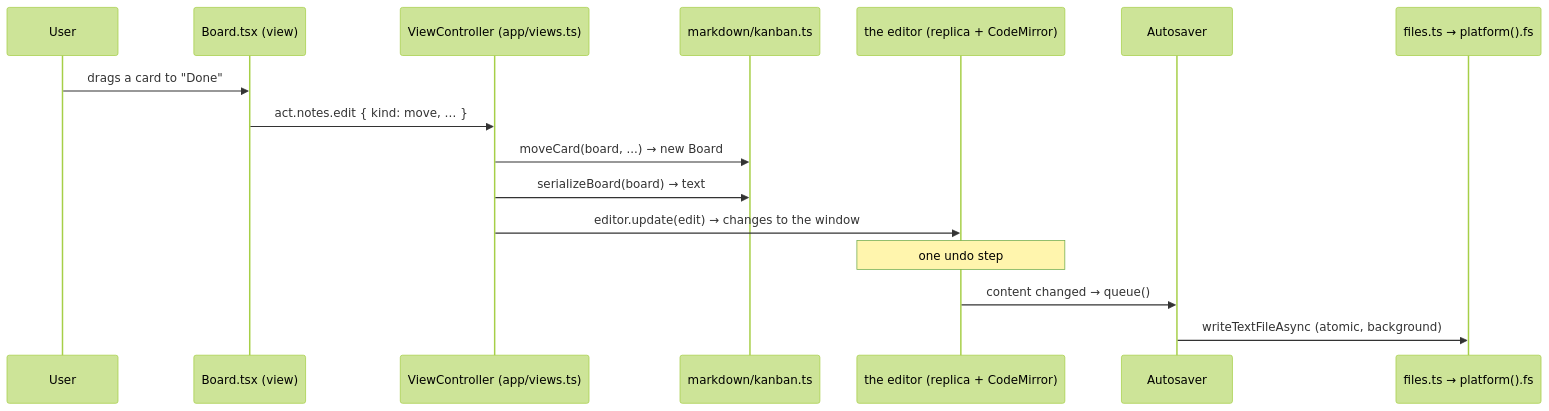
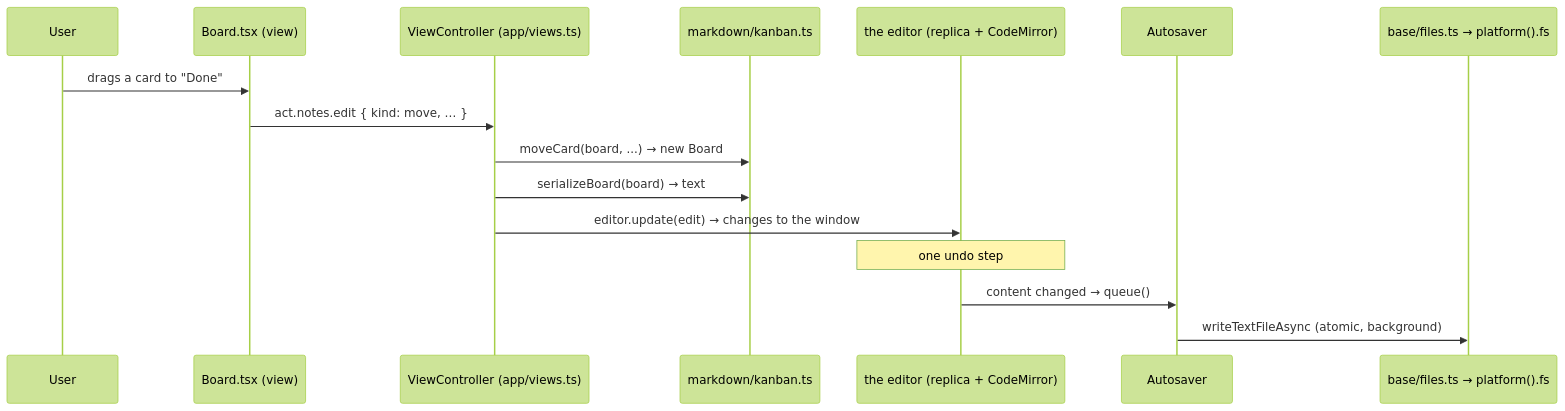
The tenth of 16 diagrams in docs/ONBOARDING.md (EkaPutCom/markwork), drawn with Mermaid (forest theme) before and after one commit. The commit also changed other lines of this file and 102 other files, not shown here.

````diff
--- a/docs/ONBOARDING.md
+++ b/docs/ONBOARDING.md
@@ -358,18 +359,18 @@
 ```mermaid
 sequenceDiagram
     participant U as User
     participant B as Board.tsx (view)
     participant V as ViewController (app/views.ts)
     participant M as markdown/kanban.ts
     participant E as the editor (replica + CodeMirror)
     participant AS as Autosaver
-    participant FS as files.ts → platform().fs
+    participant FS as base/files.ts → platform().fs
     U->>B: drags a card to "Done"
     B->>V: act.notes.edit { kind: move, … }
     V->>M: moveCard(board, ...) → new Board
     V->>M: serializeBoard(board) → text
     V->>E: editor.update(edit) → changes to the window
     Note over E: one undo step
     E->>AS: content changed → queue()
     AS->>FS: writeTextFileAsync (atomic, background)
 ```
````
